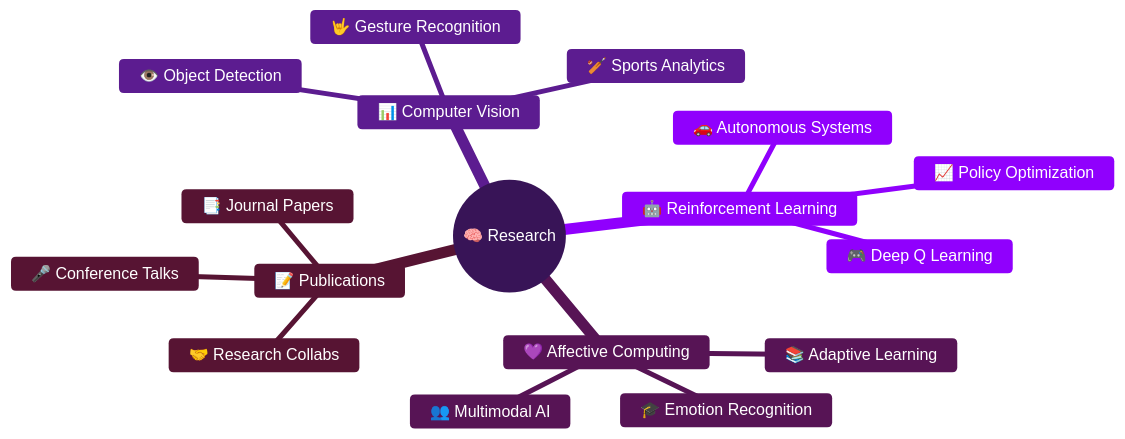
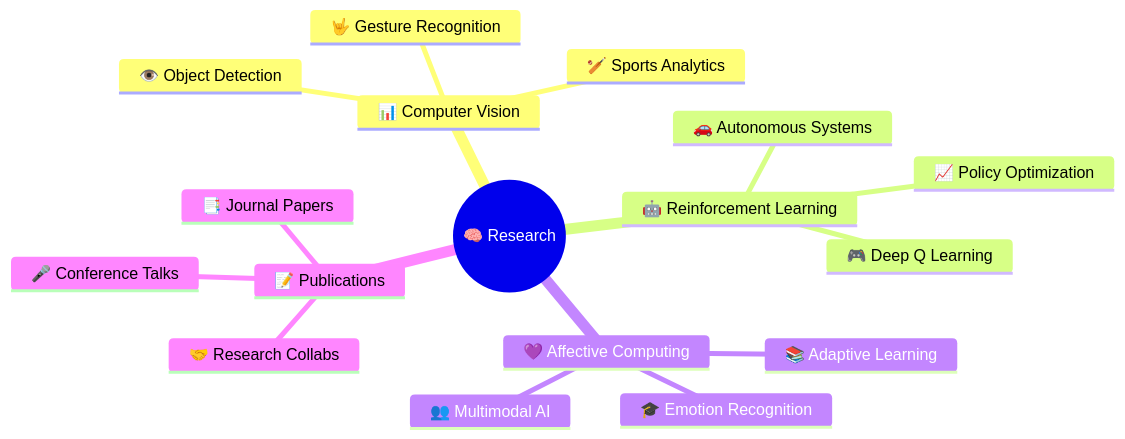
One commit to Lithigaj/Lithigaj changed the diagram in README.md. Above: the diagram before and after it, drawn with Mermaid. The commit also changed other lines of this file, not shown here.

````diff
--- a/README.md
+++ b/README.md
@@ -155,40 +157,20 @@
 ```mermaid
-%%{init: {'theme': 'base', 'themeVariables': {
-  'background': '#0D1117',
-
-  'primaryColor': '#7B2CBF',
-  'secondaryColor': '#9D4EDD',
-  'tertiaryColor': '#C77DFF',
-
-  'primaryBorderColor': '#E0AAFF',
-  'lineColor': '#9D4EDD',
-
-  'textColor': '#FFFFFF',
-  'primaryTextColor': '#FFFFFF',
-  'secondaryTextColor': '#FFFFFF',
-  'tertiaryTextColor': '#FFFFFF',
-
-  'nodeTextColor': '#FFFFFF',
-  'mainBkg': '#7B2CBF',
-  'nodeBorder': '#E0AAFF'
-}}}%%
-
 mindmap
   root((🧠 Research))
     📊 Computer Vision
       🏏 Sports Analytics
       🤟 Gesture Recognition
       👁️ Object Detection
     🤖 Reinforcement Learning
       🚗 Autonomous Systems
       🎮 Deep Q Learning
       📈 Policy Optimization
     💜 Affective Computing
       🎓 Emotion Recognition
       📚 Adaptive Learning
       👥 Multimodal AI
     📝 Publications
       📑 Journal Papers
       🎤 Conference Talks
       🤝 Research Collabs
 ```
````
